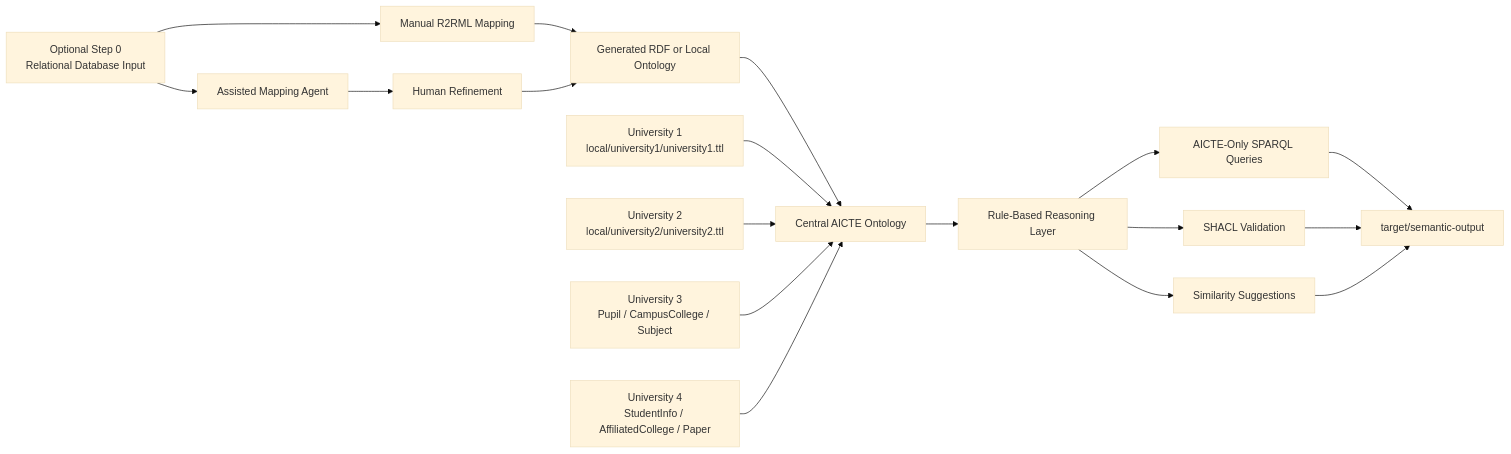
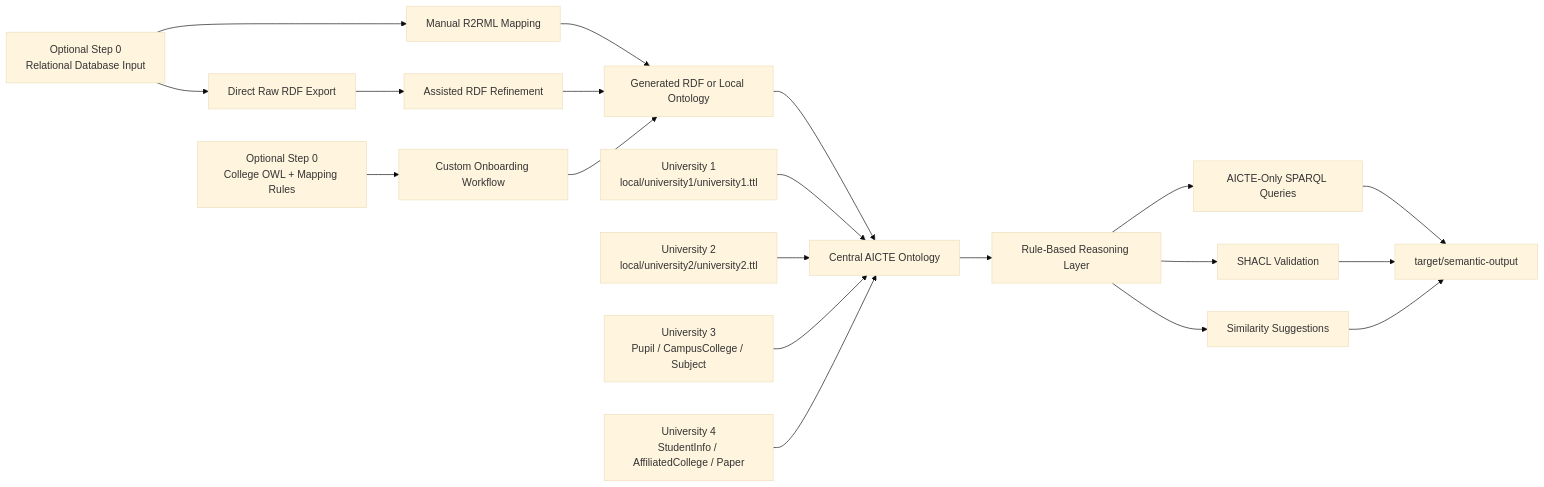
The diagram in docs/semantic-integration/architecture.md (ap5967ap/SEMLINK), drawn with Mermaid (base theme) before and after one commit. The commit also changed other lines of this file and 16 other files, not shown here.

Commit message:
r2o with raw rdf

````diff
--- a/docs/semantic-integration/architecture.md
+++ b/docs/semantic-integration/architecture.md
@@ -3,20 +3,22 @@
 ```mermaid
 flowchart LR
     DB["Optional Step 0\nRelational Database Input"] --> M1["Manual R2RML Mapping"]
-    DB --> M2["Assisted Mapping Agent"]
-    M2 --> M3["Human Refinement"]
+    DB --> M2["Direct Raw RDF Export"]
+    M2 --> M3["Assisted RDF Refinement"]
+    C0["Optional Step 0\nCollege OWL + Mapping Rules"] --> C1["Custom Onboarding Workflow"]
     M1 --> U0["Generated RDF or Local Ontology"]
     M3 --> U0
+    C1 --> U0
     U0 --> A["Central AICTE Ontology"]
     U1["University 1\nlocal/university1/university1.ttl"] --> A
     U2["University 2\nlocal/university2/university2.ttl"] --> A
     U3["University 3\nPupil / CampusCollege / Subject"] --> A
     U4["University 4\nStudentInfo / AffiliatedCollege / Paper"] --> A
     A --> R["Rule-Based Reasoning Layer"]
     R --> Q["AICTE-Only SPARQL Queries"]
     R --> V["SHACL Validation"]
     R --> S["Similarity Suggestions"]
     Q --> O["target/semantic-output"]
     V --> O
     S --> O
 ```
````
